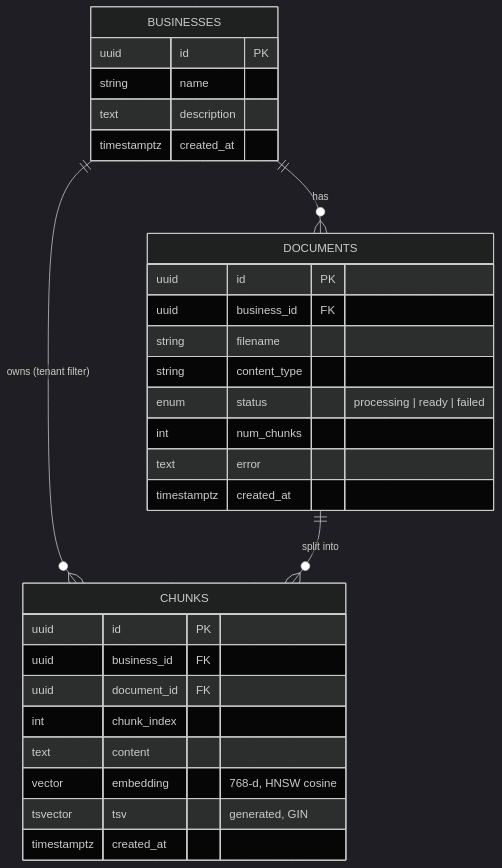
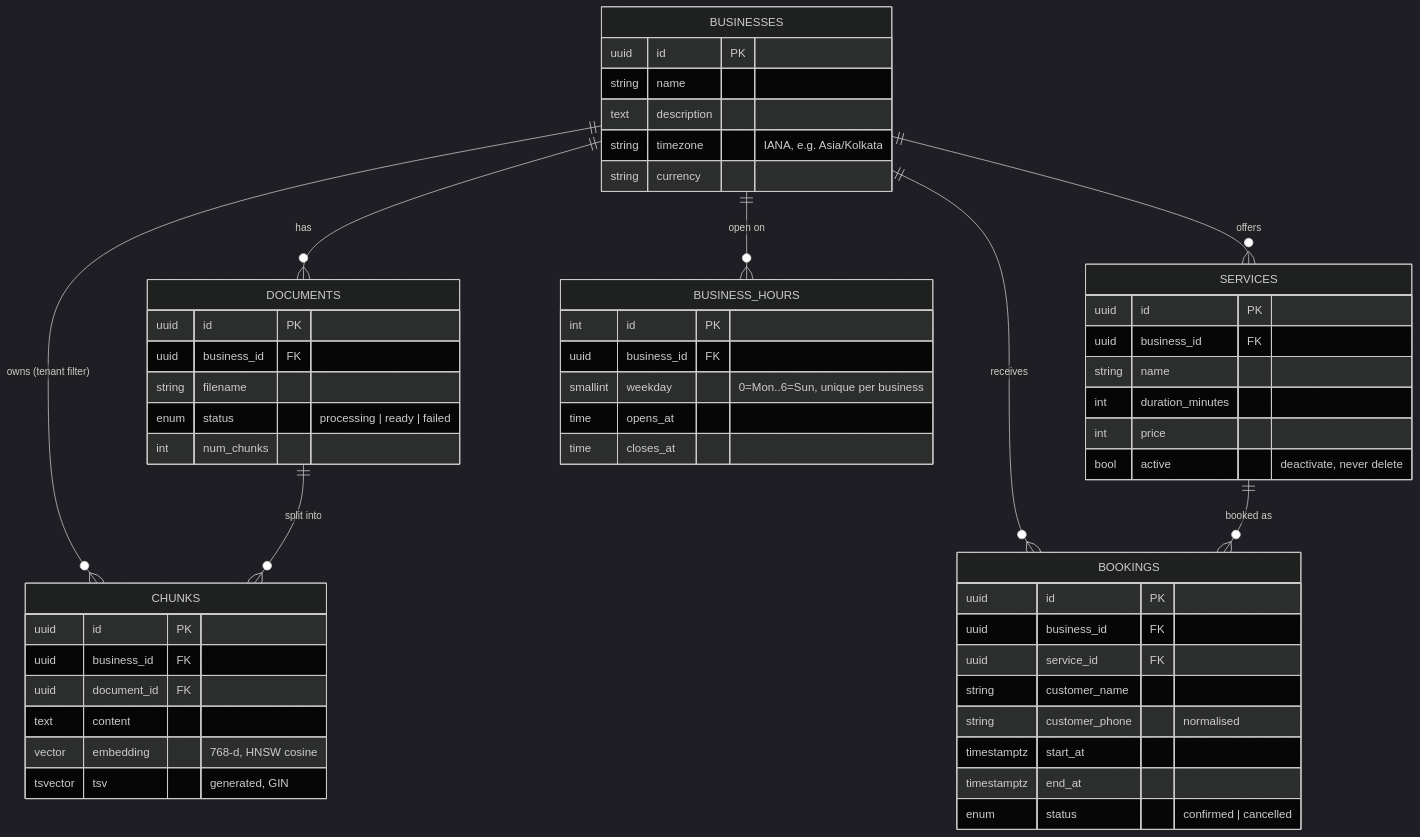
Before and after one commit to yash6388/voxdesk: the eighth of 8 diagrams in docs/ARCHITECTURE.md, drawn with Mermaid (dark theme). The commit also changed other lines of this file and 50 other files, not shown here.

````diff
--- a/docs/ARCHITECTURE.md
+++ b/docs/ARCHITECTURE.md
@@ -216,33 +262,58 @@
 ```mermaid
 erDiagram
     BUSINESSES ||--o{ DOCUMENTS : has
     BUSINESSES ||--o{ CHUNKS : "owns (tenant filter)"
     DOCUMENTS ||--o{ CHUNKS : "split into"
+    BUSINESSES ||--o{ SERVICES : offers
+    BUSINESSES ||--o{ BUSINESS_HOURS : "open on"
+    BUSINESSES ||--o{ BOOKINGS : receives
+    SERVICES ||--o{ BOOKINGS : "booked as"
 
     BUSINESSES {
         uuid id PK
         string name
         text description
-        timestamptz created_at
+        string timezone "IANA, e.g. Asia/Kolkata"
+        string currency
     }
     DOCUMENTS {
         uuid id PK
         uuid business_id FK
         string filename
-        string content_type
         enum status "processing | ready | failed"
         int num_chunks
-        text error
-        timestamptz created_at
     }
     CHUNKS {
         uuid id PK
         uuid business_id FK
         uuid document_id FK
-        int chunk_index
         text content
         vector embedding "768-d, HNSW cosine"
         tsvector tsv "generated, GIN"
-        timestamptz created_at
+    }
+    SERVICES {
+        uuid id PK
+        uuid business_id FK
+        string name
+        int duration_minutes
+        int price
+        bool active "deactivate, never delete"
+    }
+    BUSINESS_HOURS {
+        int id PK
+        uuid business_id FK
+        smallint weekday "0=Mon..6=Sun, unique per business"
+        time opens_at
+        time closes_at
+    }
+    BOOKINGS {
+        uuid id PK
+        uuid business_id FK
+        uuid service_id FK
+        string customer_name
+        string customer_phone "normalised"
+        timestamptz start_at
+        timestamptz end_at
+        enum status "confirmed | cancelled"
     }
 ```
````
